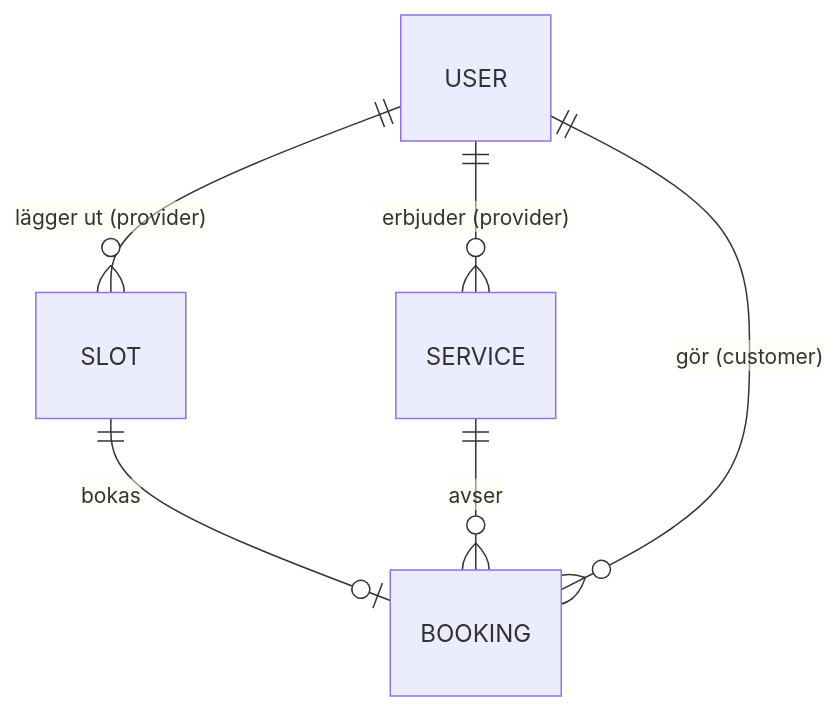
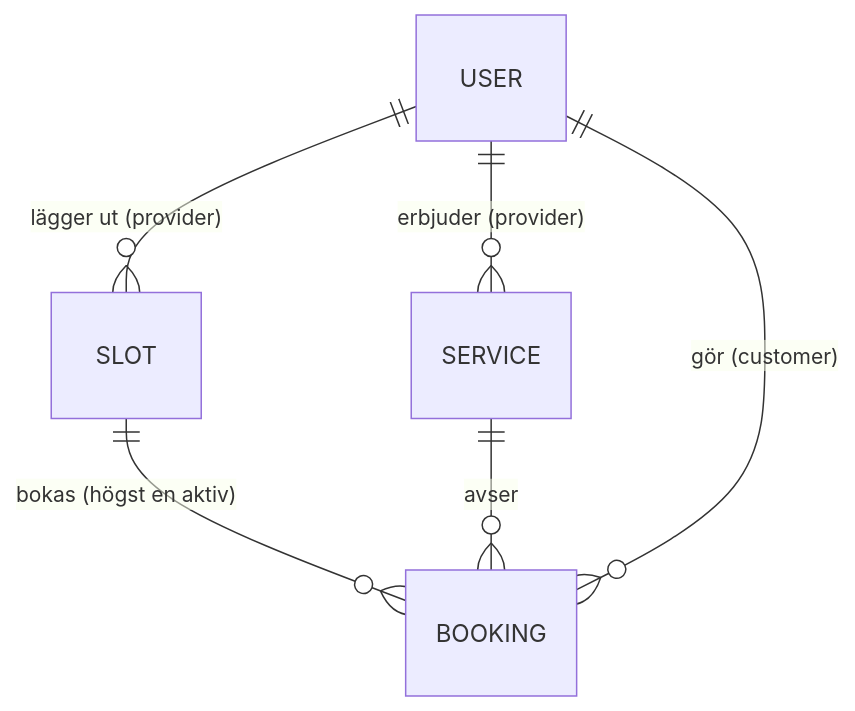
Before and after one commit to paokarlsson/Sola: the second of 2 diagrams in _bmad-output/initiative-sola/architecture-sola/architecture-sola.md, drawn with Mermaid. The commit also changed other lines of this file and 1 other file, not shown here.

````diff
--- a/_bmad-output/initiative-sola/architecture-sola/architecture-sola.md
+++ b/_bmad-output/initiative-sola/architecture-sola/architecture-sola.md
@@ -152,8 +211,8 @@
 ```mermaid
 erDiagram
   USER ||--o{ SERVICE : "erbjuder (provider)"
   USER ||--o{ SLOT : "lägger ut (provider)"
-  SLOT ||--o| BOOKING : "bokas"
+  SLOT ||--o{ BOOKING : "bokas (högst en aktiv)"
   SERVICE ||--o{ BOOKING : "avser"
   USER ||--o{ BOOKING : "gör (customer)"
 ```
````
